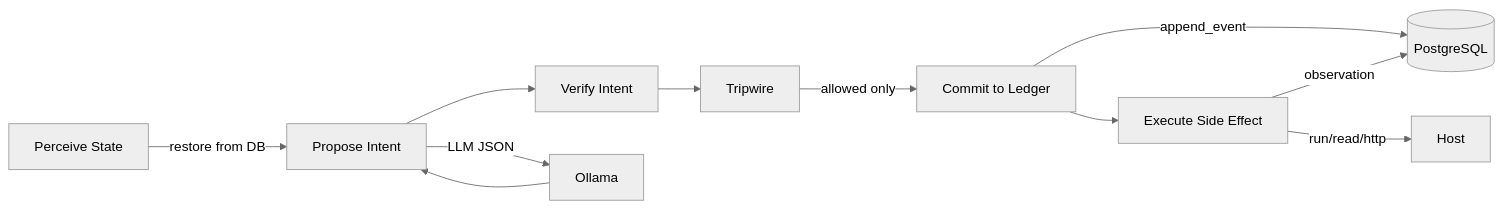
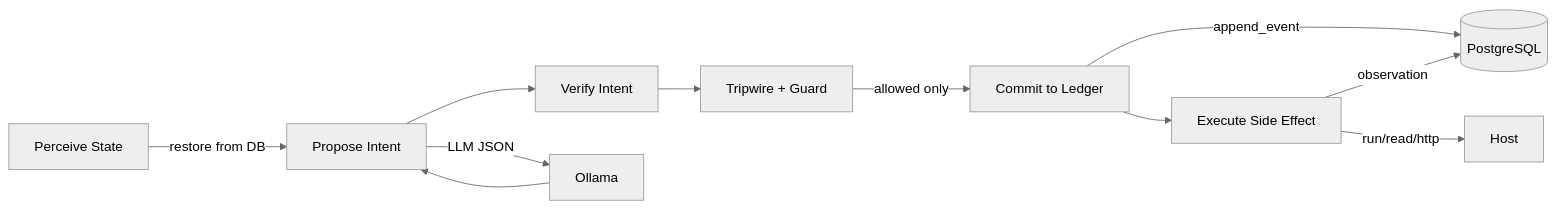
The diagram in README.md (EctoSpace/Ironclad-Agent-Ledger), drawn with Mermaid (neutral theme) before and after one commit. The commit also changed other lines of this file and 31 other files, not shown here.

````diff
--- a/README.md
+++ b/README.md
@@ -31,22 +40,22 @@
 ```mermaid
 flowchart LR
   Perceive[Perceive State]
   Propose[Propose Intent]
   Verify[Verify Intent]
   Commit[Commit to Ledger]
   Execute[Execute Side Effect]
   Ollama[Ollama]
-  Tripwire[Tripwire]
+  Tripwire[Tripwire + Guard]
   DB[(PostgreSQL)]
   Host[Host]
   Perceive -->|restore from DB| Propose
   Propose -->|LLM JSON| Ollama
   Ollama --> Propose
   Propose --> Verify
   Verify --> Tripwire
   Tripwire -->|allowed only| Commit
   Commit -->|append_event| DB
   Commit --> Execute
   Execute -->|run/read/http| Host
   Execute -->|observation| DB
 ```
````
